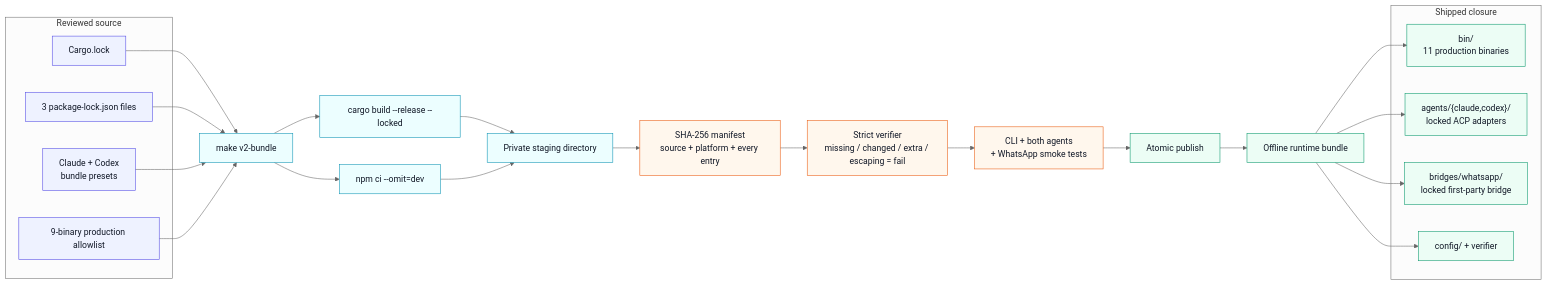
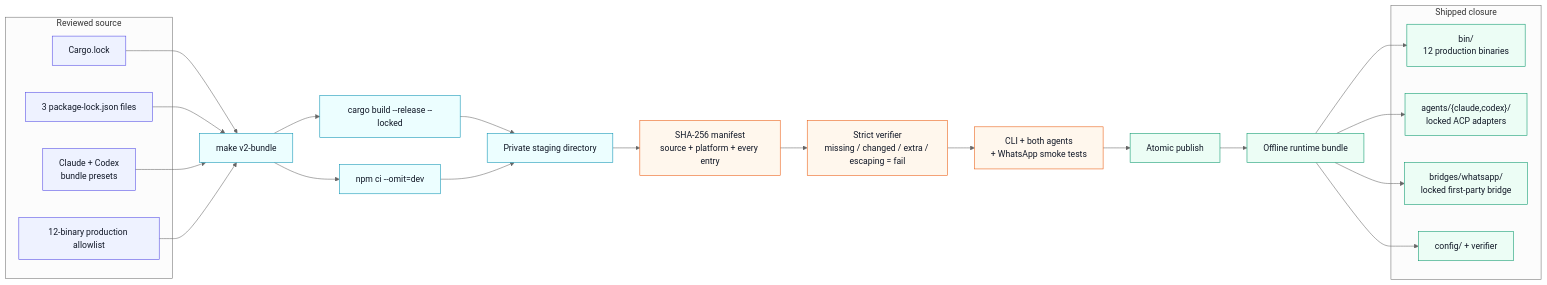
The diagram in v2/docs/runtime-bundle-flow.mmd (fontanierh/crab), drawn with Mermaid (neutral theme) before and after one commit. The commit also changed 17 other files, not shown here.

```diff
--- a/v2/docs/runtime-bundle-flow.mmd
+++ b/v2/docs/runtime-bundle-flow.mmd
@@ -1,44 +1,44 @@
 flowchart LR
     subgraph SOURCE["Reviewed source"]
         CARGO["Cargo.lock"]
         NPM["3 package-lock.json files"]
         CONFIG["Claude + Codex<br/>bundle presets"]
-        ALLOW["9-binary production allowlist"]
+        ALLOW["12-binary production allowlist"]
     end
 
     BUILD["make v2-bundle"]
     CARGO --> BUILD
     NPM --> BUILD
     CONFIG --> BUILD
     ALLOW --> BUILD
 
     BUILD --> RUST["cargo build --release --locked"]
     BUILD --> NODE["npm ci --omit=dev"]
     RUST --> STAGE["Private staging directory"]
     NODE --> STAGE
 
     STAGE --> MANIFEST["SHA-256 manifest\nsource + platform + every entry"]
     MANIFEST --> VERIFY["Strict verifier\nmissing / changed / extra / escaping = fail"]
     VERIFY --> SMOKE["CLI + both agents<br/>+ WhatsApp smoke tests"]
     SMOKE --> ATOMIC["Atomic publish"]
 
     ATOMIC --> BUNDLE["Offline runtime bundle"]
     subgraph CONTENTS["Shipped closure"]
-        BIN["bin/\n11 production binaries"]
+        BIN["bin/\n12 production binaries"]
         AGENT["agents/{claude,codex}/\nlocked ACP adapters"]
         BRIDGE["bridges/whatsapp/\nlocked first-party bridge"]
         CFG["config/ + verifier"]
     end
     BUNDLE --> BIN
     BUNDLE --> AGENT
     BUNDLE --> BRIDGE
     BUNDLE --> CFG
 
     classDef source fill:#eef2ff,stroke:#4f46e5,color:#111827;
     classDef action fill:#ecfeff,stroke:#0891b2,color:#111827;
     classDef failclosed fill:#fff7ed,stroke:#ea580c,color:#111827;
     classDef result fill:#ecfdf5,stroke:#059669,color:#111827;
     class CARGO,NPM,CONFIG,ALLOW source;
     class BUILD,RUST,NODE,STAGE action;
     class MANIFEST,VERIFY,SMOKE failclosed;
     class ATOMIC,BUNDLE,BIN,AGENT,BRIDGE,CFG result;
```
